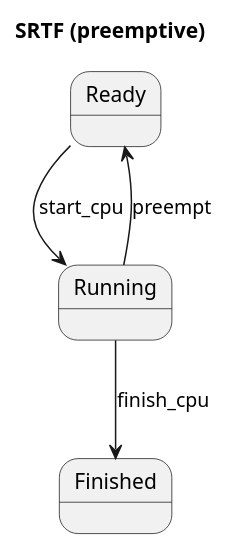
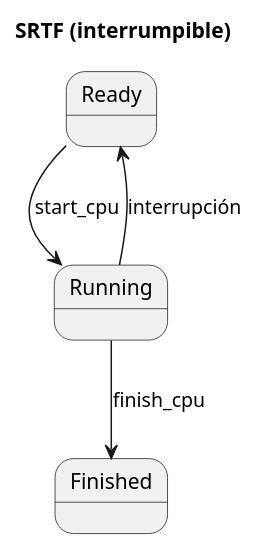
One commit to vicajilau/MASO changed the third of 8 diagrams in doc/diagramas_de_estado.md. Above: the diagram before and after it, drawn with PlantUML. The commit also changed other lines of this file, not shown here.

Commit message:
Update state diagrams and descriptions for MASO scheduling algorithms to clarify preemption and interruption terminology

````diff
--- a/doc/diagramas_de_estado.md
+++ b/doc/diagramas_de_estado.md
@@ -92,10 +92,10 @@
 ```plantuml
 @startuml SRTF
-title SRTF (preemptive)
+title SRTF (interrumpible)
 state Ready
 state Running
 Ready --> Running : start_cpu
-Running --> Ready : preempt
+Running --> Ready : interrupción
 Running --> Finished : finish_cpu
 @enduml
 ```
````
